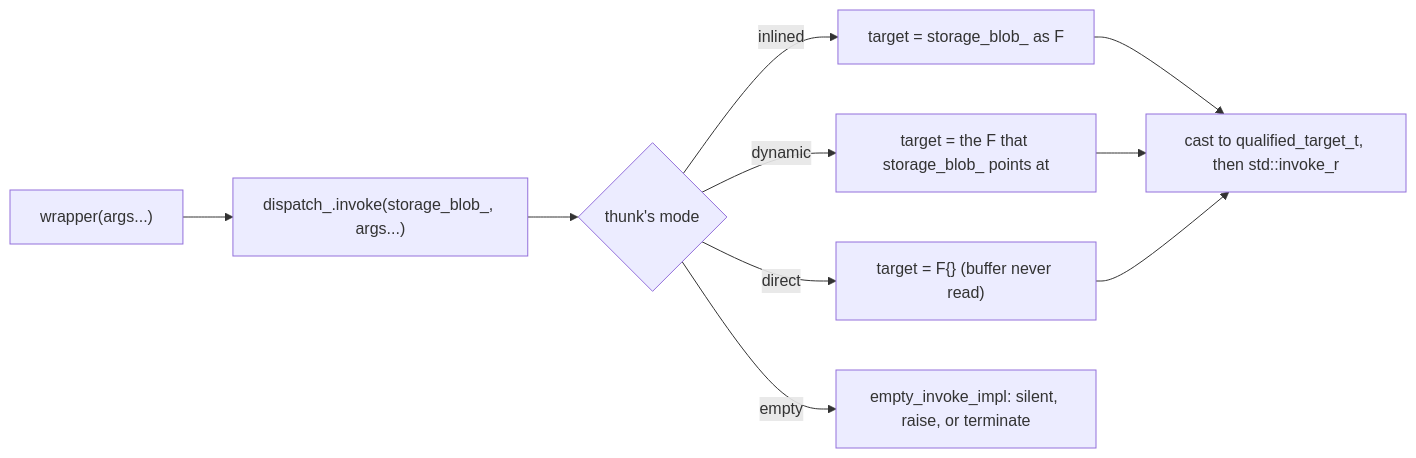
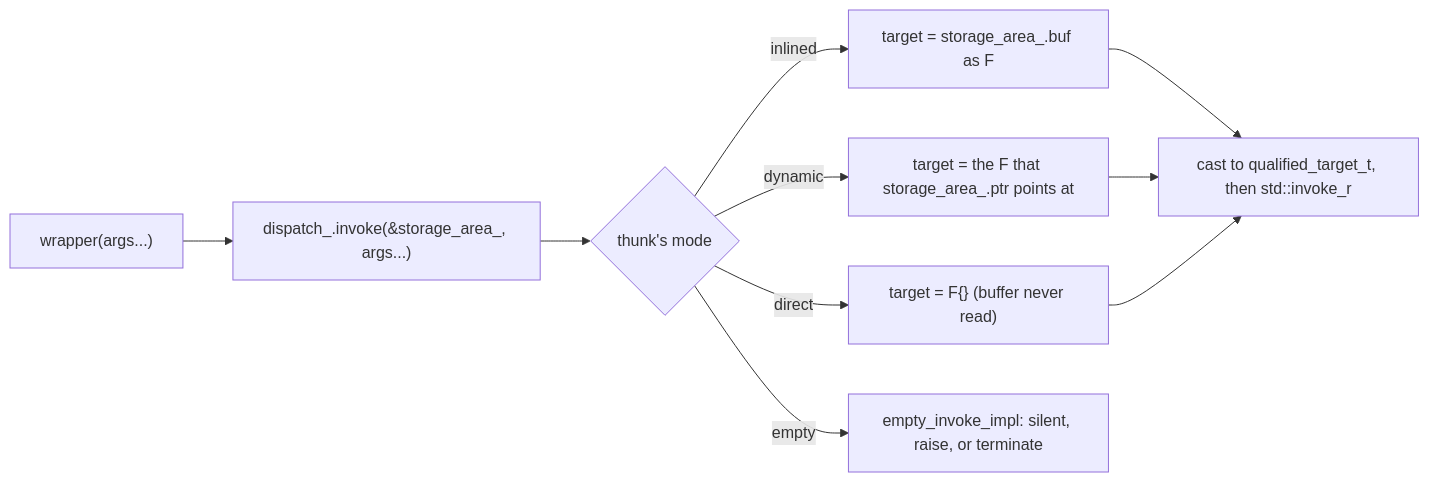
The first of 3 diagrams in corvid/meta/flexi_function.md (stevensudit/Corvid), drawn with Mermaid before and after one commit. The commit also changed other lines of this file and 7 other files, not shown here.

````diff
--- a/corvid/meta/flexi_function.md
+++ b/corvid/meta/flexi_function.md
@@ -195,12 +195,12 @@
 ```mermaid
 flowchart LR
-    op["wrapper(args...)"] --> inv["dispatch_.invoke(storage_blob_, args...)"]
+    op["wrapper(args...)"] --> inv["dispatch_.invoke(&storage_area_, args...)"]
     inv --> mode{thunk's mode}
-    mode -->|inlined| a["target = storage_blob_ as F"]
-    mode -->|dynamic| b["target = the F that storage_blob_ points at"]
+    mode -->|inlined| a["target = storage_area_.buf as F"]
+    mode -->|dynamic| b["target = the F that storage_area_.ptr points at"]
     mode -->|direct| c["target = F{} (buffer never read)"]
     mode -->|empty| e["empty_invoke_impl: silent, raise, or terminate"]
     a --> q["cast to qualified_target_t, then std::invoke_r"]
     b --> q
     c --> q
 ```
````
